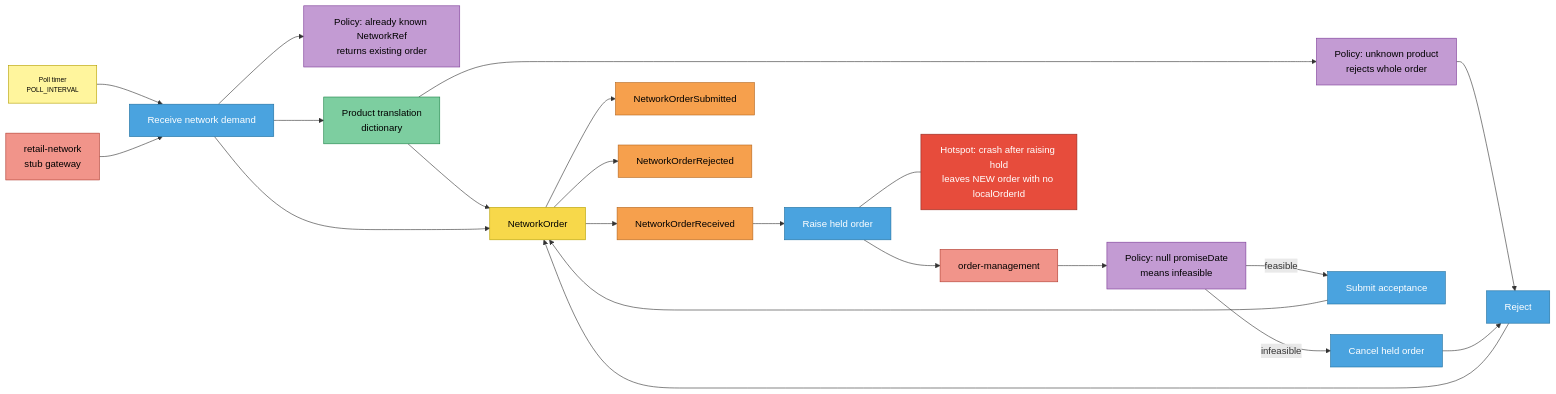
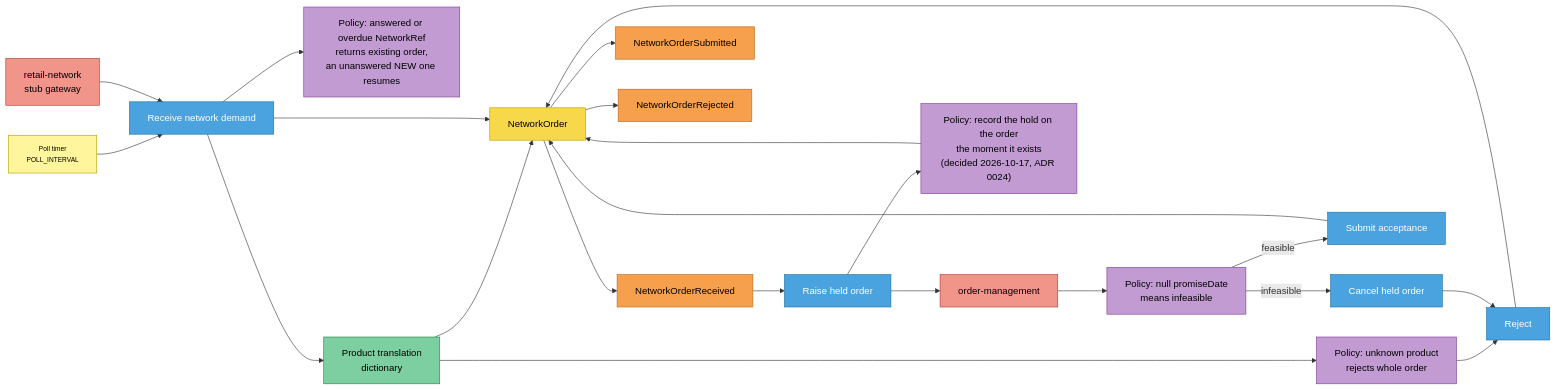
The second of 5 diagrams in docs/contexts/network-fulfillment/eventstorming.md (IQVO/warehouse-docs), drawn with Mermaid before and after one commit. The commit also changed other lines of this file and 53 other files, not shown here.

````diff
--- a/docs/contexts/network-fulfillment/eventstorming.md
+++ b/docs/contexts/network-fulfillment/eventstorming.md
@@ -42,50 +42,51 @@
 ```mermaid
 flowchart LR
     T["Poll timer<br/>POLL_INTERVAL"]:::actor
     NW["retail-network<br/>stub gateway"]:::external
     C1["Receive network demand"]:::command
-    POL0["Policy: already known NetworkRef<br/>returns existing order"]:::policy
+    POL0["Policy: answered or overdue NetworkRef<br/>returns existing order,<br/>an unanswered NEW one resumes"]:::policy
     PT["Product translation<br/>dictionary"]:::readmodel
     G1["NetworkOrder"]:::aggregate
     E1["NetworkOrderReceived"]:::event
     OM["order-management"]:::external
     C2["Raise held order"]:::command
     POL1["Policy: unknown product<br/>rejects whole order"]:::policy
     POL2["Policy: null promiseDate<br/>means infeasible"]:::policy
     C3["Submit acceptance"]:::command
     C4["Reject"]:::command
     E2["NetworkOrderSubmitted"]:::event
     E3["NetworkOrderRejected"]:::event
     C5["Cancel held order"]:::command
-    H2["Hotspot: crash after raising hold<br/>leaves NEW order with no localOrderId"]:::hotspot
+    POL4["Policy: record the hold on the order<br/>the moment it exists<br/>(decided 2026-10-17, ADR 0024)"]:::policy
 
     T --> C1
     NW --> C1
     C1 --> POL0
     C1 --> PT
     PT --> G1
     C1 --> G1
     G1 --> E1
     PT --> POL1
     POL1 --> C4
     E1 --> C2
     C2 --> OM
     OM --> POL2
     POL2 -->|feasible| C3
     POL2 -->|infeasible| C5
     C5 --> C4
     C3 --> G1
     C4 --> G1
     G1 --> E2
     G1 --> E3
-    C2 --- H2
+    C2 --> POL4
+    POL4 --> G1
 
     classDef actor fill:#fff59d,stroke:#b59f00,color:#000,font-size:11px
     classDef command fill:#4aa3df,stroke:#1f6f9f,color:#fff
     classDef aggregate fill:#f7d84a,stroke:#b59f00,color:#000
     classDef event fill:#f6a04d,stroke:#b5651d,color:#000
     classDef policy fill:#c39bd3,stroke:#7d3c98,color:#000
     classDef readmodel fill:#7dcea0,stroke:#1e8449,color:#000
     classDef external fill:#f1948a,stroke:#b03a2e,color:#000
     classDef hotspot fill:#e74c3c,stroke:#922b21,color:#fff
 ```
````
